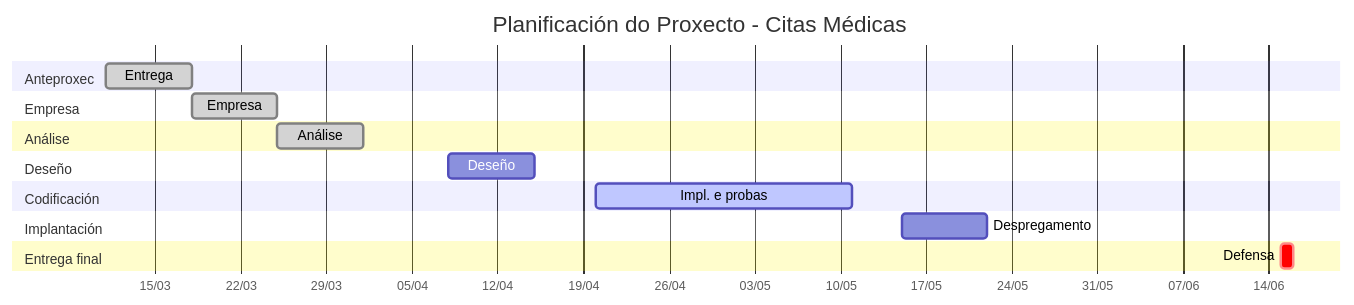
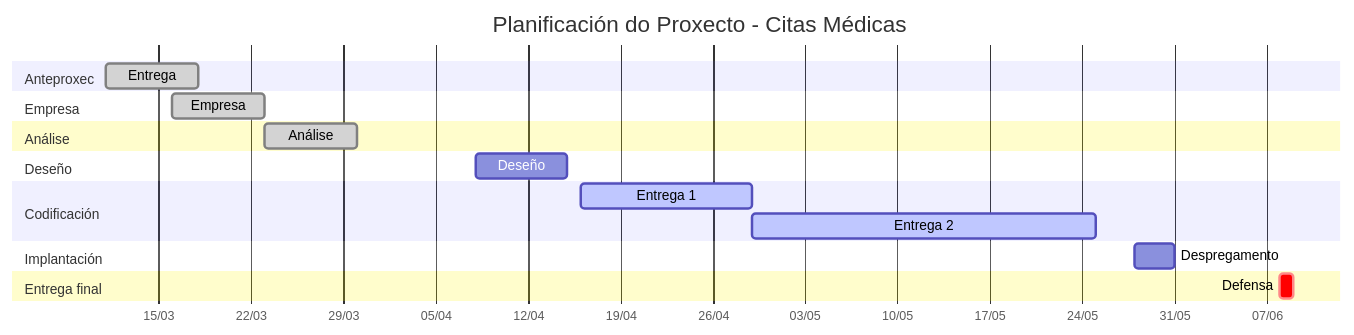
Before and after one commit to danifdezr/Proxecto-DAW-24-25-Daniel-Fernandez-Rodriguez: the diagram in templates/1_Anteproxecto.md, drawn with Mermaid. The commit also changed other lines of this file, not shown here.

Commit message:
Corrección fechas gantt

````diff
--- a/templates/1_Anteproxecto.md
+++ b/templates/1_Anteproxecto.md
@@ -90,30 +92,31 @@
 ```mermaid
 gantt
     title Planificación do Proxecto - Citas Médicas
     dateFormat YYYY-MM-DD
     axisFormat %d/%m
     tickInterval 1week
     todayMarker off
 
     section Anteproxec
     Entrega :done, a1, 2026-03-11, 7d
 
     section Empresa
-    Empresa :done, a2, 2026-03-18, 7d
+    Empresa :done, a2, 2026-03-16, 7d
 
     section Análise
-    Análise :done, a3, 2026-03-25, 7d
+    Análise :done, a3, 2026-03-23, 7d
 
     section Deseño
     Deseño :a4, 2026-04-08, 7d
 
     section Codificación
-    Impl. e probas :active, a5, 2026-04-20, 21d
+    Entrega 1 :active, a5, 2026-04-16, 13d
+    Entrega 2 :active, a5, 2026-04-29, 26d
 
     section Implantación
-    Despregamento :a6, 2026-05-15, 7d
+    Despregamento :a6, 2026-05-28, 3d
 
     section Entrega final
-    Defensa :crit, a7, 2026-06-15, 1d
+    Defensa :crit, a7, 2026-06-8, 1d
 
 ```
````
